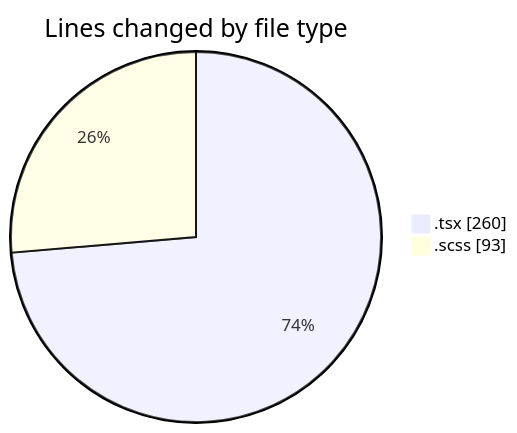
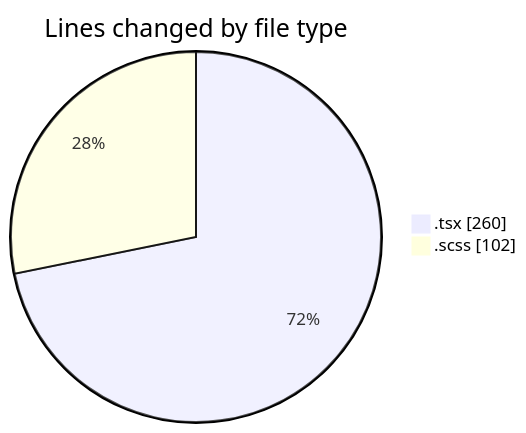
Before and after one commit to momahboobian/code-tracking: the first of 2 diagrams in 2026-04-10/cda/README.md, drawn with Mermaid. The commit also changed other lines of this file and 1 other file, not shown here.

````diff
--- a/2026-04-10/cda/README.md
+++ b/2026-04-10/cda/README.md
@@ -22,6 +22,6 @@
 ```mermaid
 pie showData
 title Lines changed by file type
 ".tsx" : 260
-".scss" : 93
+".scss" : 102
 ```
````
